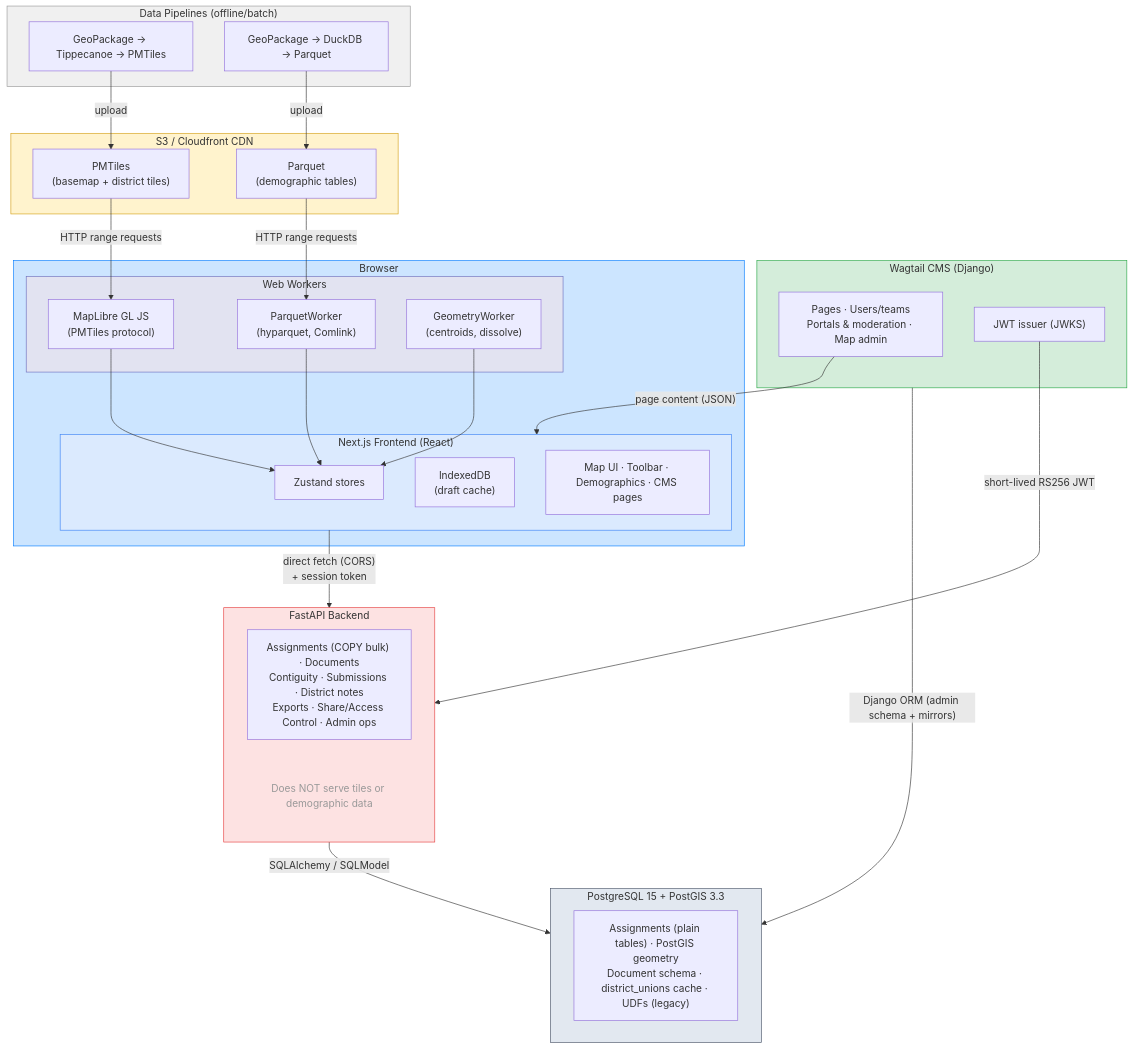
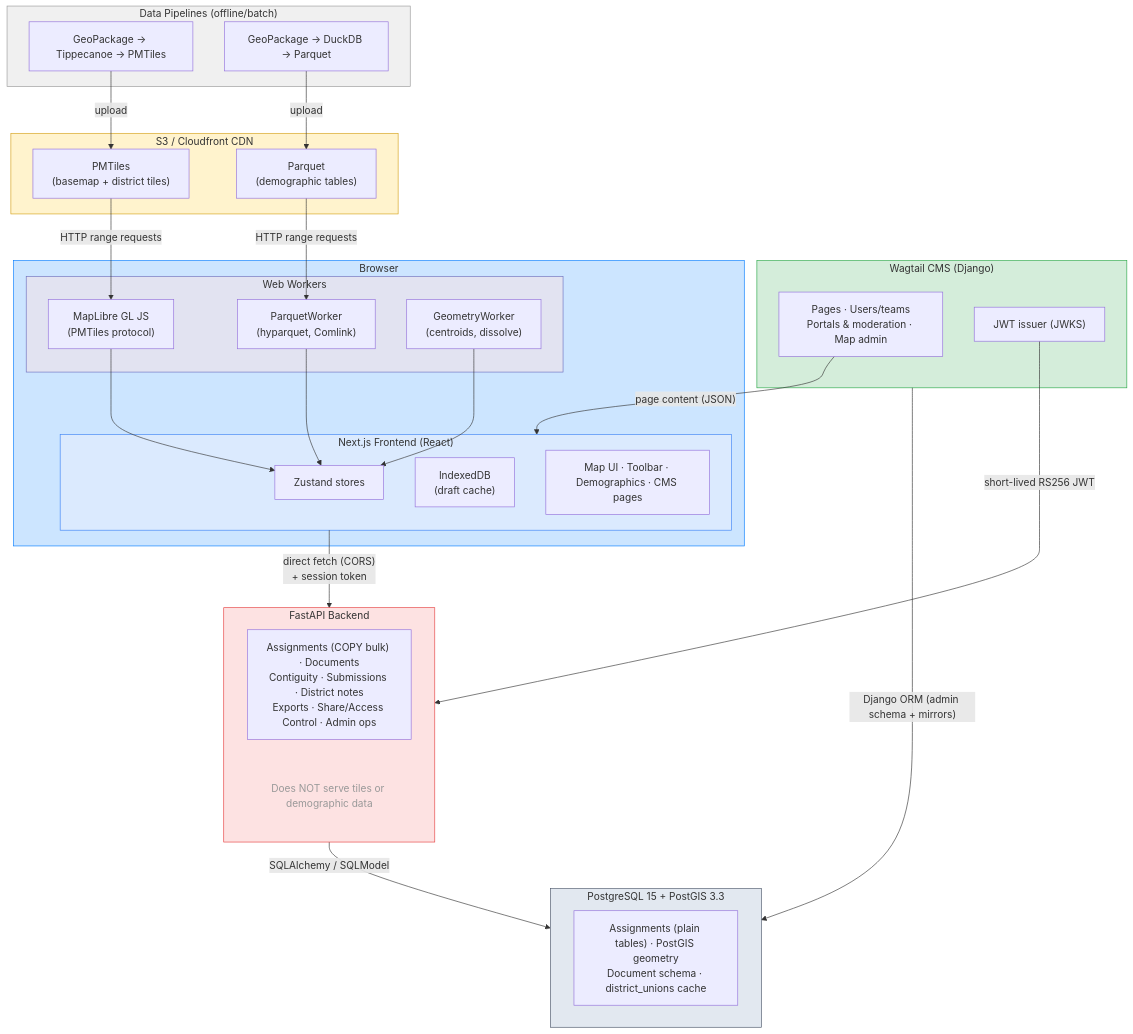
One commit to districtr/districtr-v2 changed the diagram in docs/architecture.md. Above: the diagram before and after it, drawn with Mermaid. The commit also changed other lines of this file and 12 other files, not shown here.

````diff
--- a/docs/architecture.md
+++ b/docs/architecture.md
@@ -7,62 +7,62 @@
 ```mermaid
 graph TD
     subgraph Pipelines["Data Pipelines (offline/batch)"]
         P1["GeoPackage → Tippecanoe → PMTiles"]
         P2["GeoPackage → DuckDB → Parquet"]
     end
 
     subgraph S3["S3 / Cloudfront CDN"]
         Tiles["PMTiles<br/>(basemap + district tiles)"]
         Parquet["Parquet<br/>(demographic tables)"]
     end
 
     subgraph CMS["Wagtail CMS (Django)"]
         Content["Pages · Users/teams<br/>Portals & moderation · Map admin"]
         Issuer["JWT issuer (JWKS)"]
     end
 
     subgraph Browser["Browser"]
         subgraph Workers["Web Workers"]
             MapLibre["MapLibre GL JS<br/>(PMTiles protocol)"]
             PW["ParquetWorker<br/>(hyparquet, Comlink)"]
             GW["GeometryWorker<br/>(centroids, dissolve)"]
         end
         subgraph App["Next.js Frontend (React)"]
             Zustand["Zustand stores"]
             IDB["IndexedDB<br/>(draft cache)"]
             UI["Map UI · Toolbar · Demographics · CMS pages"]
         end
     end
 
     subgraph API["FastAPI Backend"]
         Endpoints["Assignments (COPY bulk) · Documents<br/>Contiguity · Submissions · District notes<br/>Exports · Share/Access Control · Admin ops"]
         Note["Does NOT serve tiles or demographic data"]
     end
 
     subgraph DB["PostgreSQL 15 + PostGIS 3.3"]
-        Tables["Assignments (plain tables) · PostGIS geometry<br/>Document schema · district_unions cache · UDFs (legacy)"]
+        Tables["Assignments (plain tables) · PostGIS geometry<br/>Document schema · district_unions cache"]
     end
 
     P1 -->|upload| Tiles
     P2 -->|upload| Parquet
     Tiles -->|HTTP range requests| MapLibre
     Parquet -->|HTTP range requests| PW
     Content -->|"page content (JSON)"| App
     Issuer -->|"short-lived RS256 JWT"| API
     CMS -->|"Django ORM (admin schema + mirrors)"| DB
     MapLibre --> Zustand
     PW --> Zustand
     GW --> Zustand
     App -->|"direct fetch (CORS)<br/>+ session token"| API
     API -->|SQLAlchemy / SQLModel| DB
 
     style Pipelines fill:#f0f0f0,stroke:#999
     style S3 fill:#fff3cd,stroke:#d4a017
     style CMS fill:#d4edda,stroke:#28a745
     style Browser fill:#cce5ff,stroke:#007bff
     style Workers fill:#e2e3f1,stroke:#6c6fbd
     style App fill:#dbeafe,stroke:#3b82f6
     style API fill:#fde2e2,stroke:#e53e3e
     style DB fill:#e2e8f0,stroke:#4a5568
     style Note fill:none,stroke:none,color:#999
 ```
````
